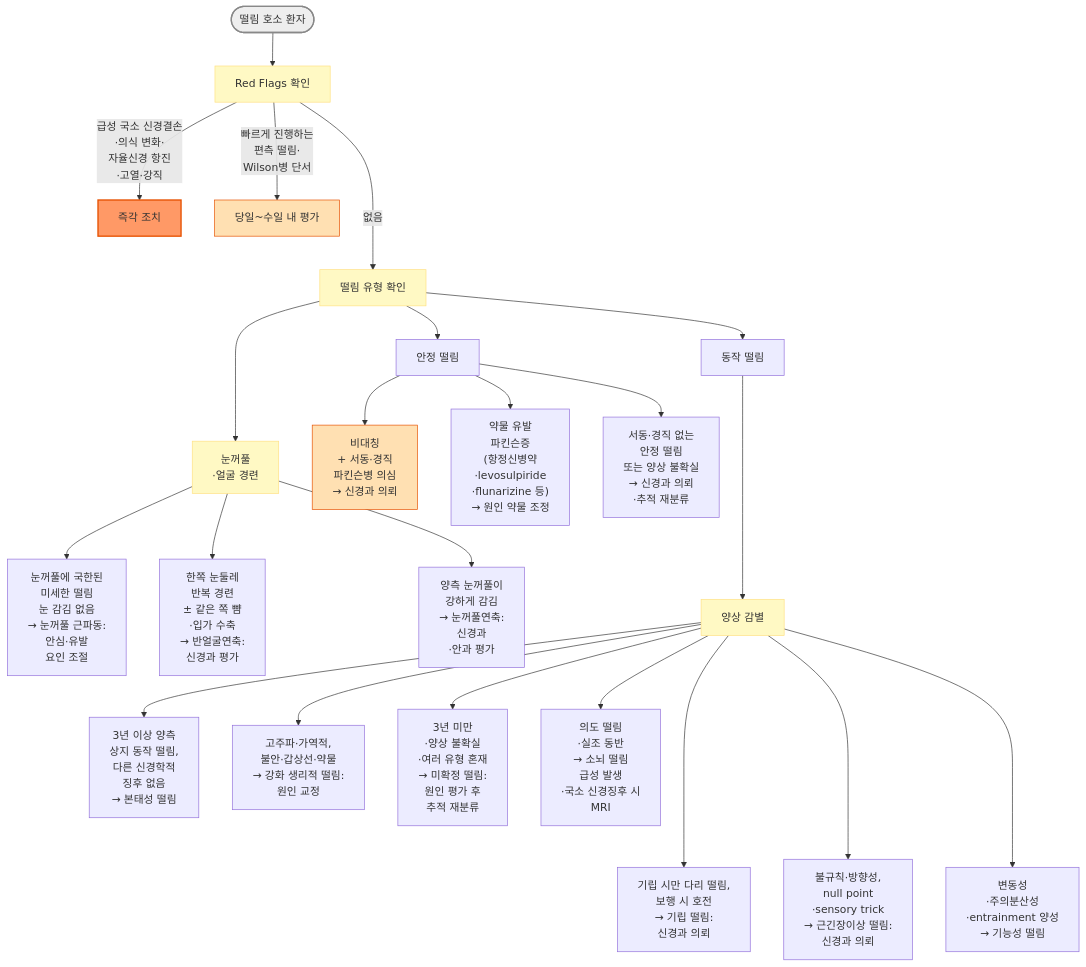
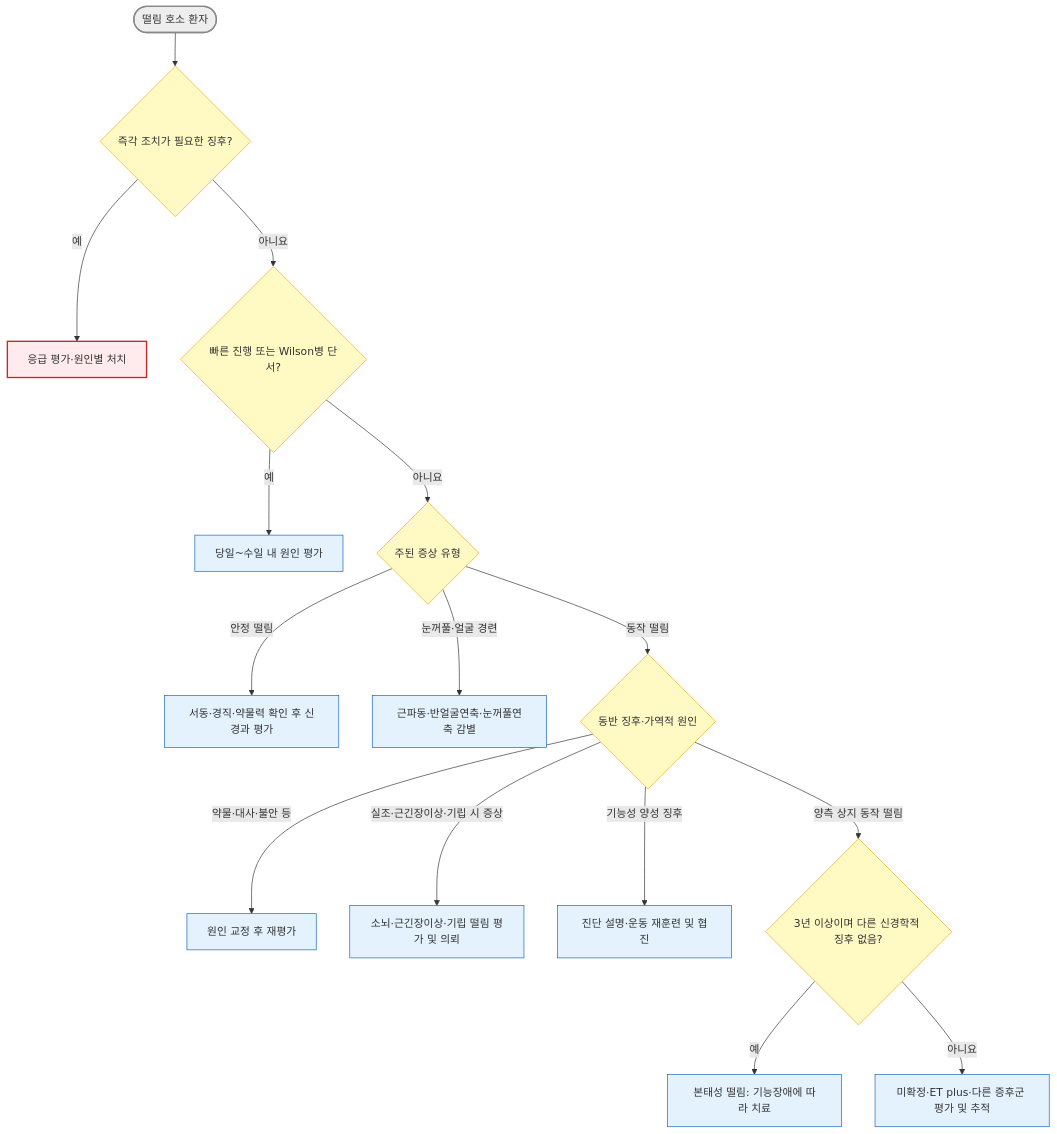
The first of 2 diagrams in 221_/034_-tremor.md (familyoh77/familyoh77), drawn with Mermaid before and after one commit. The commit also changed other lines of this file and 2 other files, not shown here.

````diff
--- a/221_/034_-tremor.md
+++ b/221_/034_-tremor.md
@@ -134,36 +134,24 @@
 ```mermaid
 flowchart TD
-A(["떨림 호소 환자"]) --> B["Red Flags 확인"]
-B -- "급성 국소 신경결손<br/>·의식 변화·<br/>자율신경 항진<br/>·고열·강직" --> C["즉각 조치"]
-B -- "빠르게 진행하는 <br/>편측 떨림·<br/>Wilson병 단서" --> C2["당일~수일 내 평가"]
-B -- "없음" ---> D["떨림 유형 확인"]
-
-D --> E["안정 떨림"]
-D --> F["동작 떨림"]
-D ---> FE["눈꺼풀<br/>·얼굴 경련"]
-
-E --> G["비대칭 <br/>+ 서동·경직<br/>파킨슨병 의심<br/>→ 신경과 의뢰"]
-E --> H["약물 유발 <br/>파킨슨증<br/>(항정신병약<br/>·levosulpiride<br/>·flunarizine 등)<br/>→ 원인 약물 조정"]
-E --> G2["서동·경직 없는 <br/>안정 떨림<br/>또는 양상 불확실<br/>→ 신경과 의뢰<br/>·추적 재분류"]
-
-FE --> MY["눈꺼풀에 국한된 <br/>미세한 떨림<br/>눈 감김 없음<br/>→ 눈꺼풀 근파동:<br/>안심·유발 <br/>요인 조절"]
-FE --> HF["한쪽 눈둘레 <br/>반복 경련<br/>± 같은 쪽 뺨<br/>·입가 수축<br/>→ 반얼굴연축: <br/>신경과 평가"]
-FE --> BS["양측 눈꺼풀이<br/>강하게 감김<br/>→ 눈꺼풀연축:<br/>신경과<br/>·안과 평가"]
-
-F ---> I["양상 감별"]
-I --> J["3년 이상 양측<br/>상지 동작 떨림,<br/>다른 신경학적 <br/>징후 없음<br/>→ 본태성 떨림"]
-I --> K["고주파·가역적,<br/>불안·갑상선·약물<br/>→ 강화 생리적 떨림:<br/>원인 교정"]
-I --> O["3년 미만<br/>·양상 불확실<br/>·여러 유형 혼재<br/>→ 미확정 떨림:<br/>원인 평가 후 <br/>추적 재분류"]
-I --> N["의도 떨림<br/>·실조 동반<br/>→ 소뇌 떨림<br/>급성 발생<br/>·국소 신경징후 시<br/>MRI"]
-I ---> L["기립 시만 다리 떨림,<br/>보행 시 호전<br/>→ 기립 떨림:<br/>신경과 의뢰"]
-I ---> L2["불규칙·방향성,<br/>null point<br/>·sensory trick<br/>→ 근긴장이상 떨림:<br/>신경과 의뢰"]
-I ---> M["변동성<br/>·주의분산성<br/>·entrainment 양성<br/>→ 기능성 떨림"]
-
-style A fill:#eeeeee,stroke:#888888,stroke-width:2px
-classDef yellow fill:#fff9c4,stroke:#ffe082
-class B,D,I,FE yellow
-style C fill:#f96,stroke:#e65100,stroke-width:2px
-style C2 fill:#ffe0b2,stroke:#e65100
-style G fill:#ffe0b2,stroke:#e65100
-
+    A(["떨림 호소 환자"]) --> B{"즉각 조치가 필요한 징후?"}
+    B -- "예" --> C["응급 평가·원인별 처치"]
+    B -- "아니요" --> D{"빠른 진행 또는 Wilson병 단서?"}
+    D -- "예" --> E["당일~수일 내 원인 평가"]
+    D -- "아니요" --> F{"주된 증상 유형"}
+    F -- "안정 떨림" --> G["서동·경직·약물력 확인 후 신경과 평가"]
+    F -- "눈꺼풀·얼굴 경련" --> H["근파동·반얼굴연축·눈꺼풀연축 감별"]
+    F -- "동작 떨림" --> I{"동반 징후·가역적 원인"}
+    I -- "약물·대사·불안 등" --> J["원인 교정 후 재평가"]
+    I -- "실조·근긴장이상·기립 시 증상" --> K["소뇌·근긴장이상·기립 떨림 평가 및 의뢰"]
+    I -- "기능성 양성 징후" --> L["진단 설명·운동 재훈련 및 협진"]
+    I -- "양측 상지 동작 떨림" --> M{"3년 이상이며 다른 신경학적 징후 없음?"}
+    M -- "예" --> N["본태성 떨림: 기능장애에 따라 치료"]
+    M -- "아니요" --> O["미확정·ET plus·다른 증후군 평가 및 추적"]
+    style A fill:#eee,stroke:#888,stroke-width:2px
+    classDef decision fill:#fff9c4,stroke:#f9a825
+    classDef emergency fill:#ffebee,stroke:#c62828,stroke-width:2px
+    classDef action fill:#e3f2fd,stroke:#1565c0
+    class B,D,F,I,M decision
+    class C emergency
+    class E,G,H,J,K,L,N,O action
 ```
````
